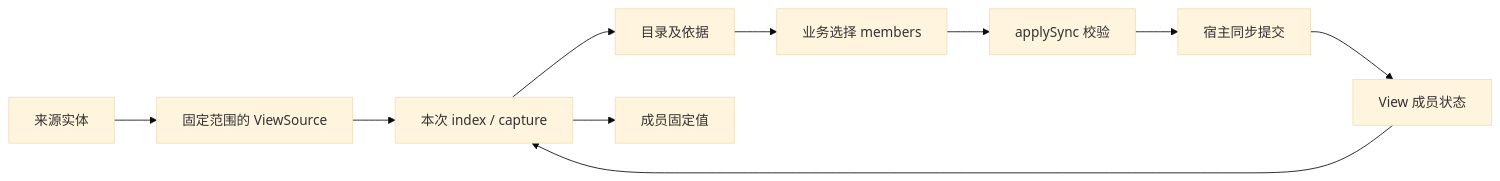
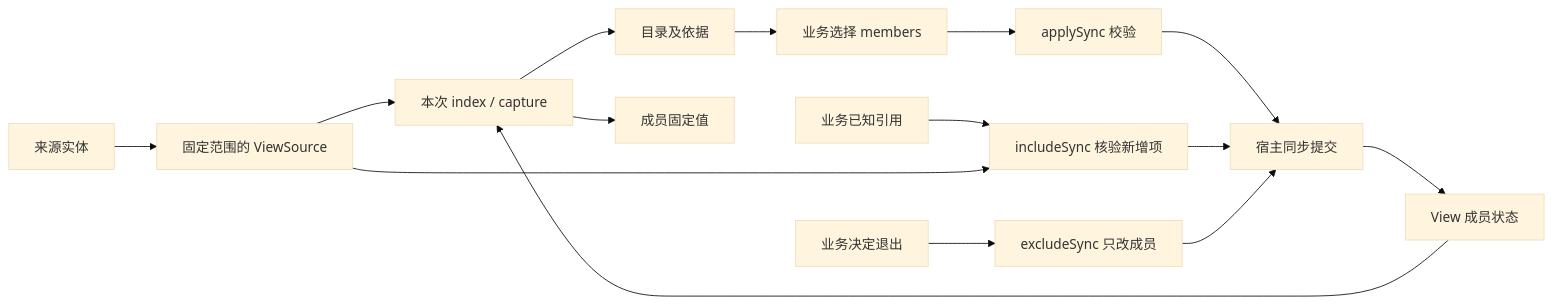
Before and after one commit to weiliang0121/capix: the diagram in docs/view-package.md, drawn with Mermaid (base theme). The commit also changed other lines of this file and 68 other files, not shown here.

````diff
--- a/docs/view-package.md
+++ b/docs/view-package.md
@@ -20,12 +24,17 @@
 ```mermaid
 flowchart LR
   Entity[来源实体] --> Source[固定范围的 ViewSource]
   State[View 成员状态] --> Read[本次 index / capture]
   Source --> Read
   Read --> Index[目录及依据]
   Read --> Snapshot[成员固定值]
   Index --> Decision[业务选择 members]
   Decision --> Apply[applySync 校验]
+  Known[业务已知引用] --> Include[includeSync 核验新增项]
+  Remove[业务决定退出] --> Exclude[excludeSync 只改成员]
+  Source --> Include
   Apply --> Commit[宿主同步提交]
+  Include --> Commit
+  Exclude --> Commit
   Commit --> State
 ```
````
